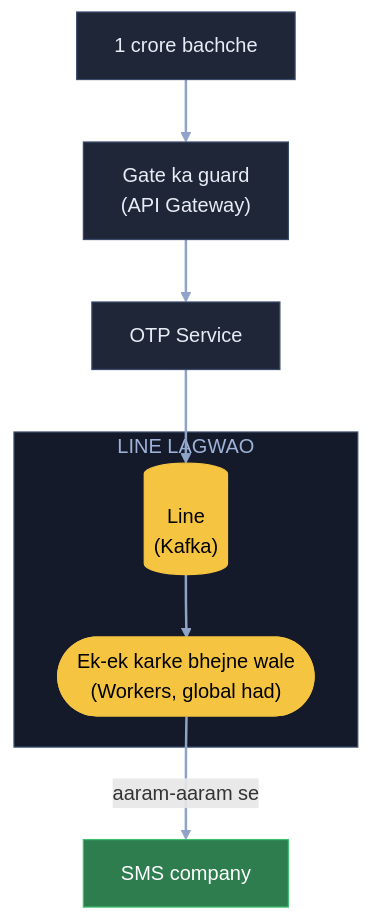
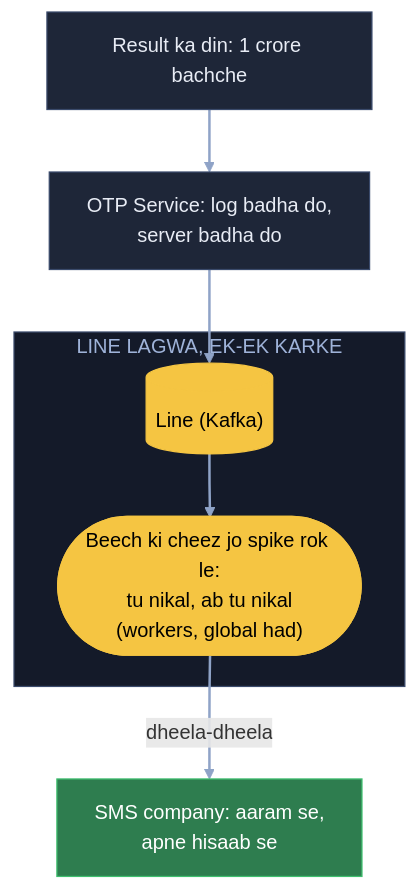
One commit to ArpanMaheshwari144/Prep changed the ninth of 10 diagrams in 04_HLD/SYSTEM_DESIGNS/02_rate_limiter/02_rate_limiter.md. Above: the diagram before and after it, drawn with Mermaid. The commit also changed other lines of this file, not shown here.

Commit message:
Rate limiter: 10 diagram hand notes ke shabdon se (K1 naya), K3 me apni jodi line hatai

````diff
--- a/04_HLD/SYSTEM_DESIGNS/02_rate_limiter/02_rate_limiter.md
+++ b/04_HLD/SYSTEM_DESIGNS/02_rate_limiter/02_rate_limiter.md
@@ -274,22 +281,20 @@
 ```mermaid
 flowchart TB
-    U["1 crore bachche"]:::card
-    G["Gate ka guard<br/>(API Gateway)"]:::card
-    O["OTP Service"]:::card
-    subgraph LN["LINE LAGWAO"]
-        K[("Line<br/>(Kafka)")]:::pill
-        WK(["Ek-ek karke bhejne wale<br/>(Workers, global had)"]):::pill
+    U["Result ka din: 1 crore bachche"]:::card
+    O["OTP Service: log badha do,<br/>server badha do"]:::card
+    subgraph LN["LINE LAGWA, EK-EK KARKE"]
+        K[("Line (Kafka)")]:::pill
+        W(["Beech ki cheez jo spike rok le:<br/>tu nikal, ab tu nikal<br/>(workers, global had)"]):::pill
     end
-    SMS["SMS company"]:::good
-    U --> G
-    G --> O
+    S["SMS company: aaram se,<br/>apne hisaab se"]:::good
+    U --> O
     O --> K
-    K --> WK
-    WK -- "aaram-aaram se" --> SMS
+    K --> W
+    W -- "dheela-dheela" --> S
     linkStyle default stroke:#8fa3c7,stroke-width:2px
     classDef card fill:#1e2638,stroke:#3a4a6b,color:#e8ecf5
     classDef pill fill:#f5c542,stroke:#f5c542,color:#000
     classDef good fill:#2e7d4f,stroke:#3fbf6f,color:#fff
     classDef bad fill:#5c1f24,stroke:#e05561,color:#fff
     style LN fill:#141a29,stroke:#3a4a6b,color:#9fb3d9
 ```
````
